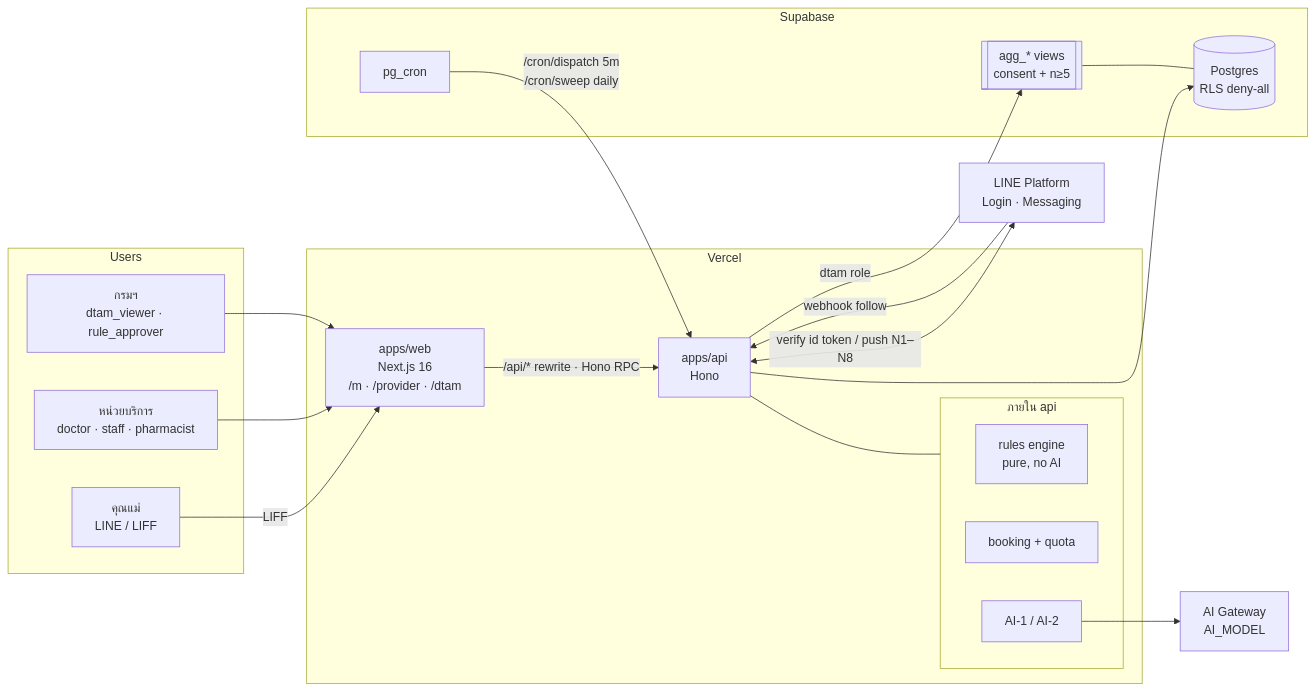
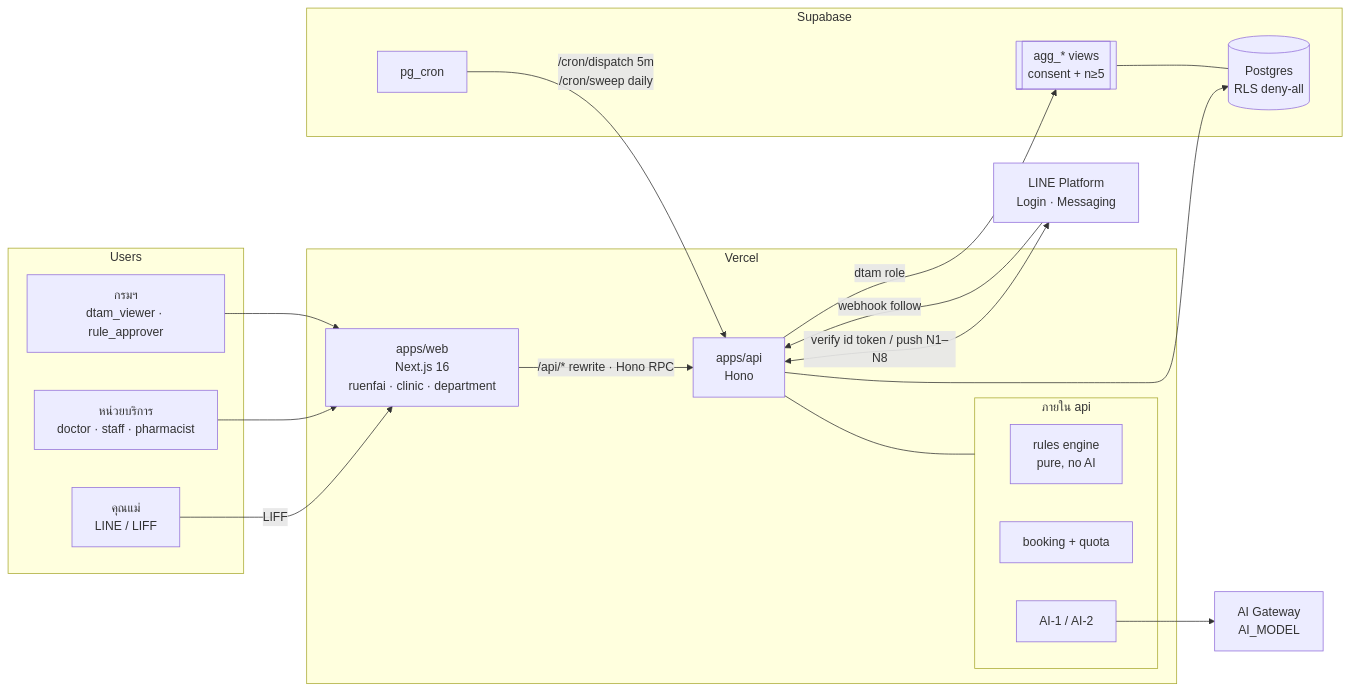
Before and after one commit to AYNO-I-KNOW/reuanfai: the diagram in docs/ARCHITECTURE.md, drawn with Mermaid. The commit also changed other lines of this file and 13 other files, not shown here.

````diff
--- a/docs/ARCHITECTURE.md
+++ b/docs/ARCHITECTURE.md
@@ -7,40 +7,40 @@
 ```mermaid
 flowchart LR
   subgraph Users
     M[คุณแม่<br/>LINE / LIFF]
     P[หน่วยบริการ<br/>doctor · staff · pharmacist]
     D[กรมฯ<br/>dtam_viewer · rule_approver]
   end
 
   subgraph Vercel
-    W[apps/web<br/>Next.js 16<br/>/m · /provider · /dtam]
+    W[apps/web<br/>Next.js 16<br/>ruenfai · clinic · department]
     A[apps/api<br/>Hono]
     subgraph A_int[ภายใน api]
       RE[rules engine<br/>pure, no AI]
       BK[booking + quota]
       AI[AI-1 / AI-2]
     end
   end
 
   subgraph Supabase
     DB[(Postgres<br/>RLS deny-all)]
     AG[[agg_* views<br/>consent + n≥5]]
     CR[pg_cron]
   end
 
   LINE[LINE Platform<br/>Login · Messaging]
   GW[AI Gateway<br/>AI_MODEL]
 
   M -- LIFF --> W
   P --> W
   D --> W
   W -- "/api/* rewrite · Hono RPC" --> A
   A --> DB
   A -- dtam role --> AG
   AG --- DB
   A <-- verify id token / push N1–N8 --> LINE
   LINE -- webhook follow --> A
   CR -- /cron/dispatch 5m<br/>/cron/sweep daily --> A
   AI --> GW
   A --- A_int
 ```
````
